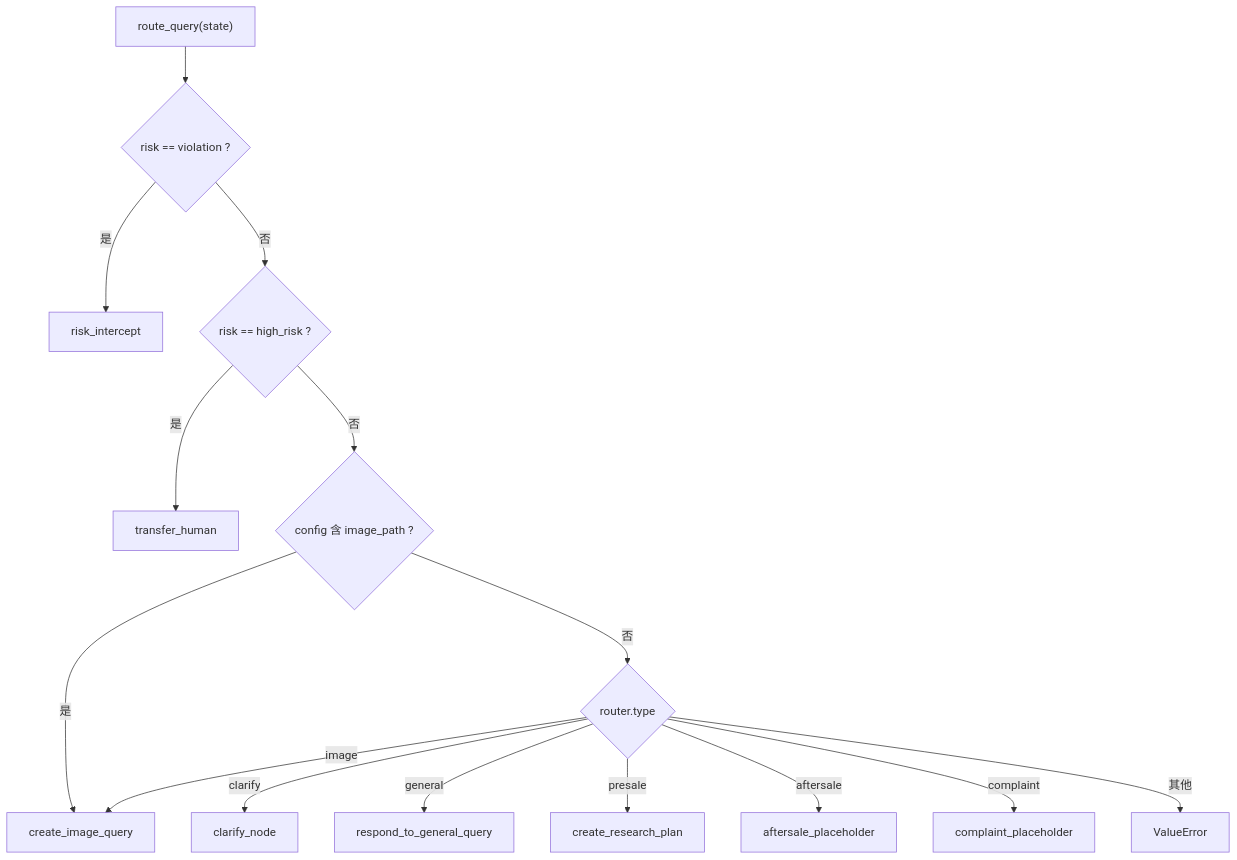
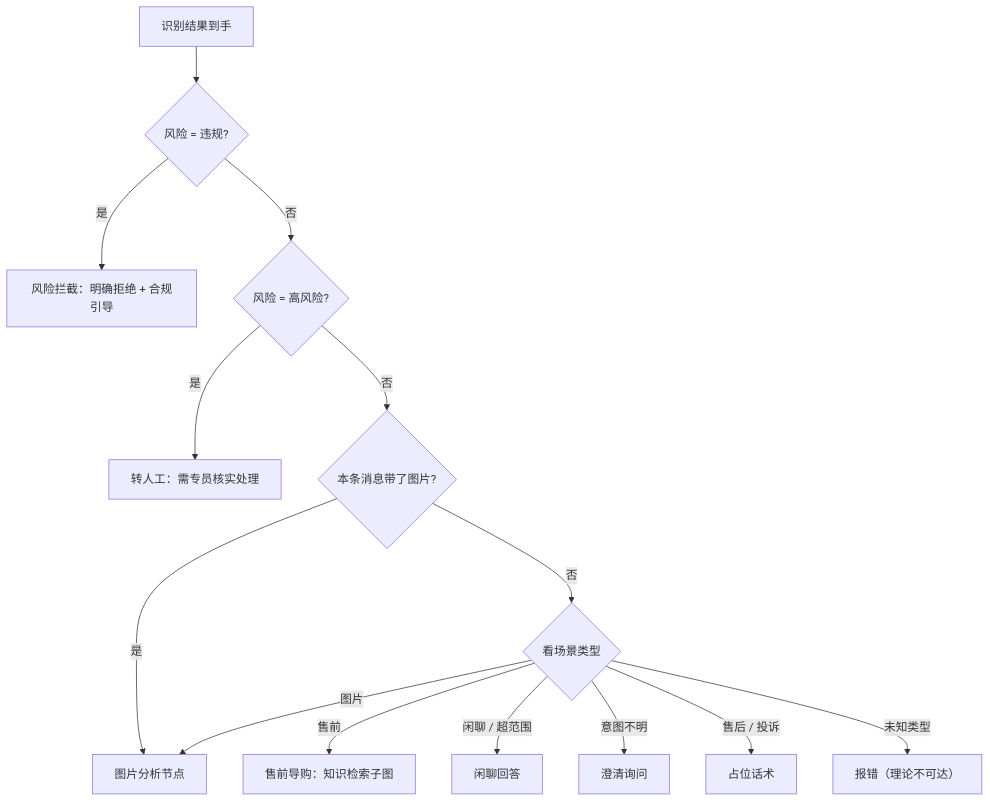
Before and after one commit to blowt16/SmartCS-Agent: the tenth of 35 diagrams in docs/PROJECT_ANALYSIS.md, drawn with Mermaid. The commit also changed other lines of this file, not shown here.

Commit message:
[docs] PROJECT_ANALYSIS §4 流程图优化：全图节点加中文注释、主干化精简流程（22 张图重排 + 补 TimeoutGuard 运行图），保留关键代码实体括注，提升可读性

````diff
--- a/docs/PROJECT_ANALYSIS.md
+++ b/docs/PROJECT_ANALYSIS.md
@@ -472,17 +431,16 @@
 ```mermaid
 flowchart TD
-    A["route_query(state)"] --> R1{"risk == violation ?"}
-    R1 -->|"是"| K1["risk_intercept"]
-    R1 -->|"否"| R2{"risk == high_risk ?"}
-    R2 -->|"是"| K2["transfer_human"]
-    R2 -->|"否"| R3{"config 含 image_path ?"}
-    R3 -->|"是"| K3["create_image_query"]
-    R3 -->|"否"| R4{"router.type"}
-    R4 -->|"clarify"| K4["clarify_node"]
-    R4 -->|"general"| K5["respond_to_general_query"]
-    R4 -->|"presale"| K6["create_research_plan"]
-    R4 -->|"aftersale"| K7["aftersale_placeholder"]
-    R4 -->|"complaint"| K8["complaint_placeholder"]
-    R4 -->|"image"| K3
-    R4 -->|"其他"| K9["ValueError"]
+    A["识别结果到手"] --> R1{"风险 = 违规?"}
+    R1 -->|"是"| N1["风险拦截：明确拒绝 + 合规引导"]
+    R1 -->|"否"| R2{"风险 = 高风险?"}
+    R2 -->|"是"| N2["转人工：需专员核实处理"]
+    R2 -->|"否"| R3{"本条消息带了图片?"}
+    R3 -->|"是"| N3["图片分析节点"]
+    R3 -->|"否"| R4{"看场景类型"}
+    R4 -->|"售前"| N4["售前导购：知识检索子图"]
+    R4 -->|"闲聊 / 超范围"| N5["闲聊回答"]
+    R4 -->|"图片"| N3
+    R4 -->|"意图不明"| N6["澄清询问"]
+    R4 -->|"售后 / 投诉"| N7["占位话术"]
+    R4 -->|"未知类型"| N8["报错（理论不可达）"]
 ```
````
